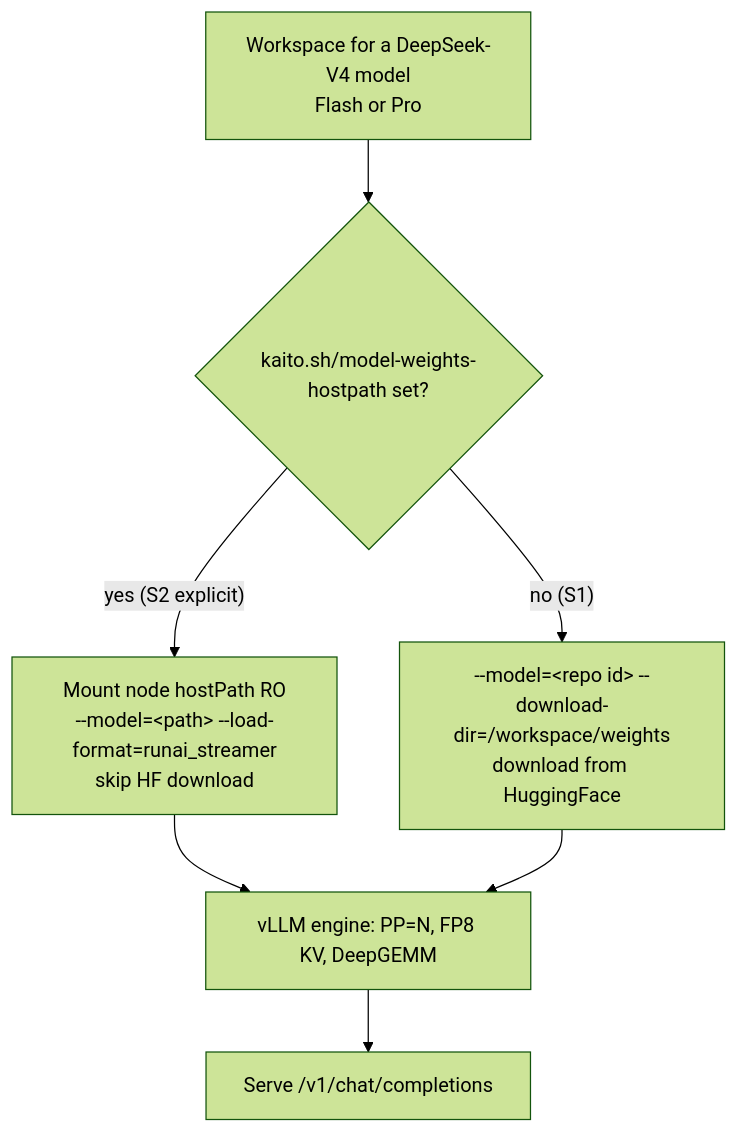
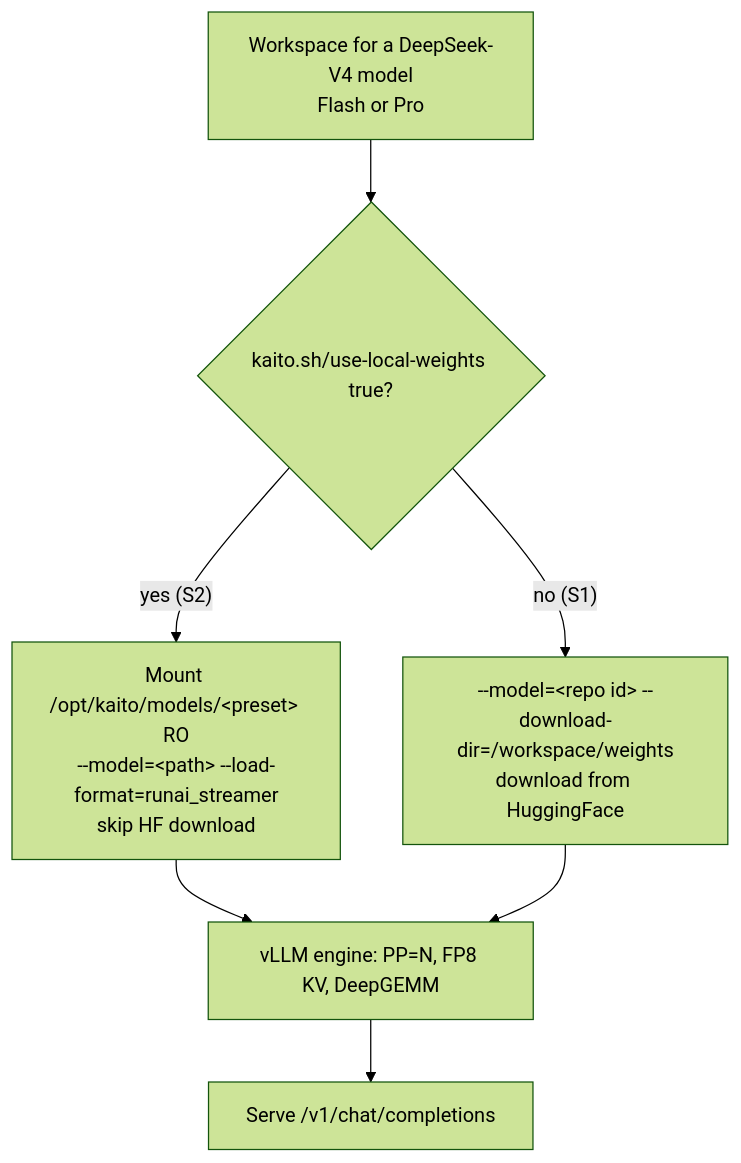
One commit to kaito-project/kaito changed the diagram in docs/proposals/20260722-deepseek-v4-onboarding.md. Above: the diagram before and after it, drawn with Mermaid (forest theme). The commit also changed other lines of this file and 7 other files, not shown here.

Commit message:
redesign annotation for enabling local weights

````diff
--- a/docs/proposals/20260722-deepseek-v4-onboarding.md
+++ b/docs/proposals/20260722-deepseek-v4-onboarding.md
@@ -149,9 +149,9 @@
 ```mermaid
 flowchart TD
-    A[Workspace for a DeepSeek-V4 model<br/>Flash or Pro] --> B{kaito.sh/model-weights-hostpath set?}
-    B -- "yes (S2 explicit)" --> C[Mount node hostPath RO<br/>--model=&lt;path&gt; --load-format=runai_streamer<br/>skip HF download]
+    A[Workspace for a DeepSeek-V4 model<br/>Flash or Pro] --> B{kaito.sh/use-local-weights true?}
+    B -- "yes (S2)" --> C[Mount /opt/kaito/models/&lt;preset&gt; RO<br/>--model=&lt;path&gt; --load-format=runai_streamer<br/>skip HF download]
     B -- "no (S1)" --> D[--model=&lt;repo id&gt; --download-dir=/workspace/weights<br/>download from HuggingFace]
     C --> E[vLLM engine: PP=N, FP8 KV, DeepGEMM]
     D --> E
     E --> F[Serve /v1/chat/completions]
 ```
````
